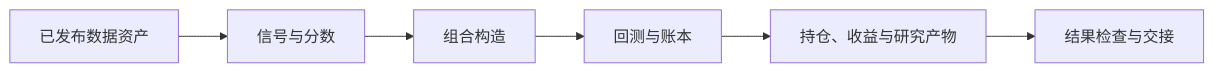
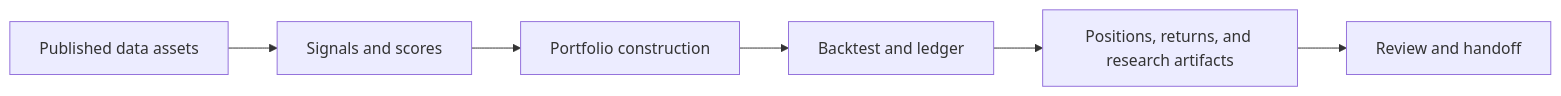
One commit to runchengxie/quant-platform changed the diagram in docs/concepts/platform-overview.md. Above: the diagram before and after it, drawn with Mermaid. The commit also changed other lines of this file and 49 other files, not shown here.

````diff
--- a/docs/concepts/platform-overview.md
+++ b/docs/concepts/platform-overview.md
@@ -7,8 +9,8 @@
 ```mermaid
 flowchart LR
-    Data[已发布数据资产] --> Signal[信号与分数]
-    Signal --> Portfolio[组合构造]
-    Portfolio --> Backtest[回测与账本]
-    Backtest --> Results[持仓、收益与研究产物]
-    Results --> Review[结果检查与交接]
+    Data[Published data assets] --> Signal[Signals and scores]
+    Signal --> Portfolio[Portfolio construction]
+    Portfolio --> Backtest[Backtest and ledger]
+    Backtest --> Results[Positions, returns, and research artifacts]
+    Results --> Review[Review and handoff]
 ```
````
